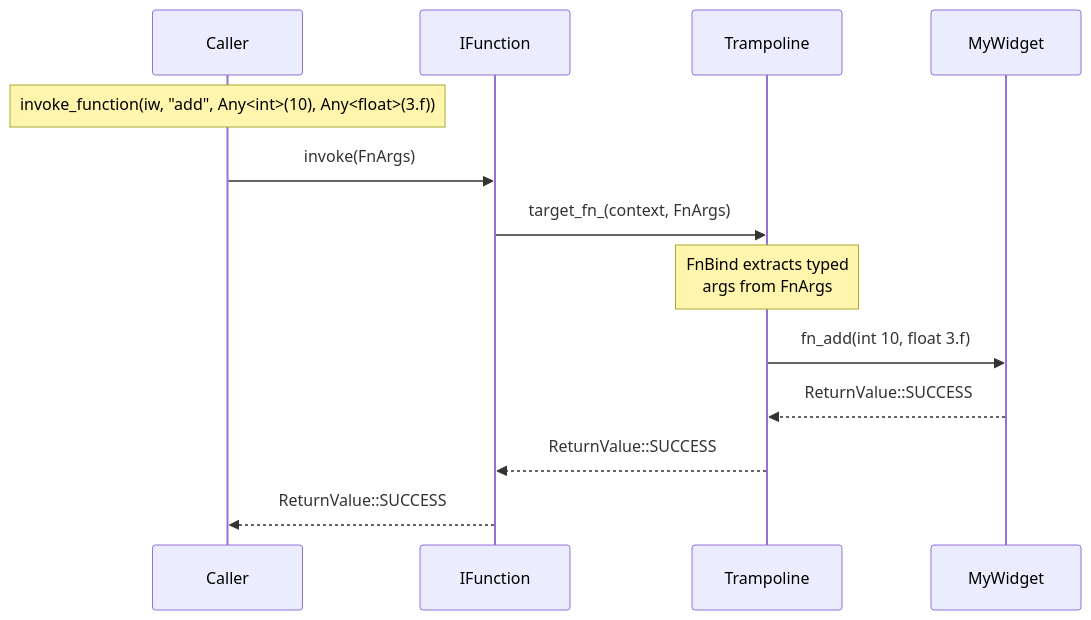
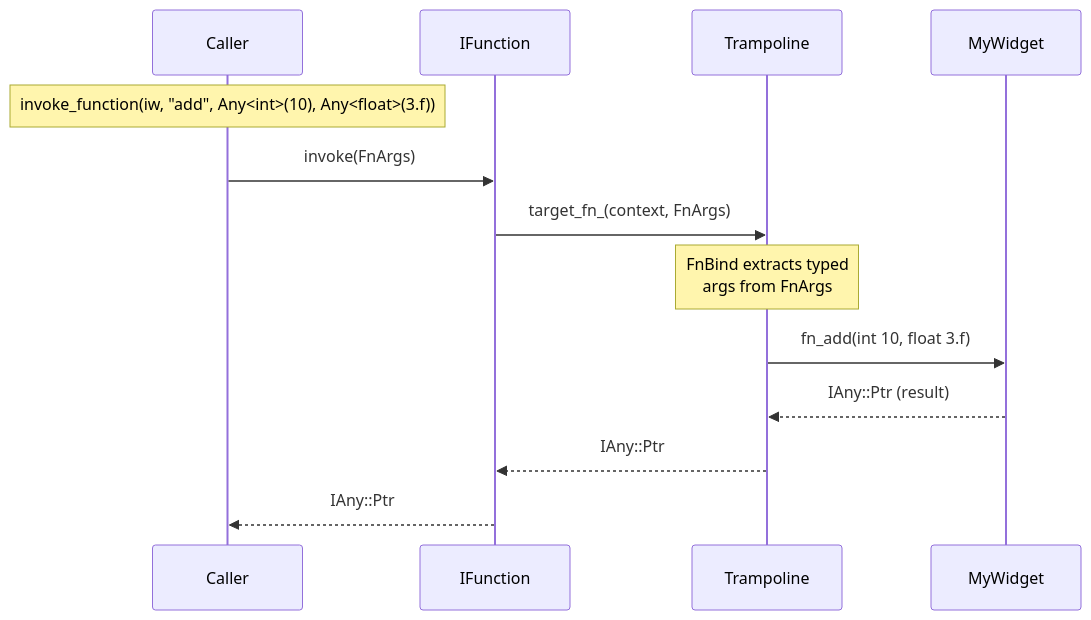
The first of 3 diagrams in docs/guide.md (ljaaskela/strata), drawn with Mermaid before and after one commit. The commit also changed other lines of this file and 26 other files, not shown here.

````diff
--- a/docs/guide.md
+++ b/docs/guide.md
@@ -21,17 +27,17 @@
 ```mermaid
 sequenceDiagram
     participant Caller
     participant IFunction
     participant Trampoline
     participant MyWidget
 
     Note over Caller: invoke_function(iw, "add", Any<int>(10), Any<float>(3.f))
 
     Caller->>IFunction: invoke(FnArgs)
     IFunction->>Trampoline: target_fn_(context, FnArgs)
     Note over Trampoline: FnBind extracts typed<br>args from FnArgs
     Trampoline->>MyWidget: fn_add(int 10, float 3.f)
-    MyWidget-->>Trampoline: ReturnValue::SUCCESS
-    Trampoline-->>IFunction: ReturnValue::SUCCESS
-    IFunction-->>Caller: ReturnValue::SUCCESS
+    MyWidget-->>Trampoline: IAny::Ptr (result)
+    Trampoline-->>IFunction: IAny::Ptr
+    IFunction-->>Caller: IAny::Ptr
 ```
````
